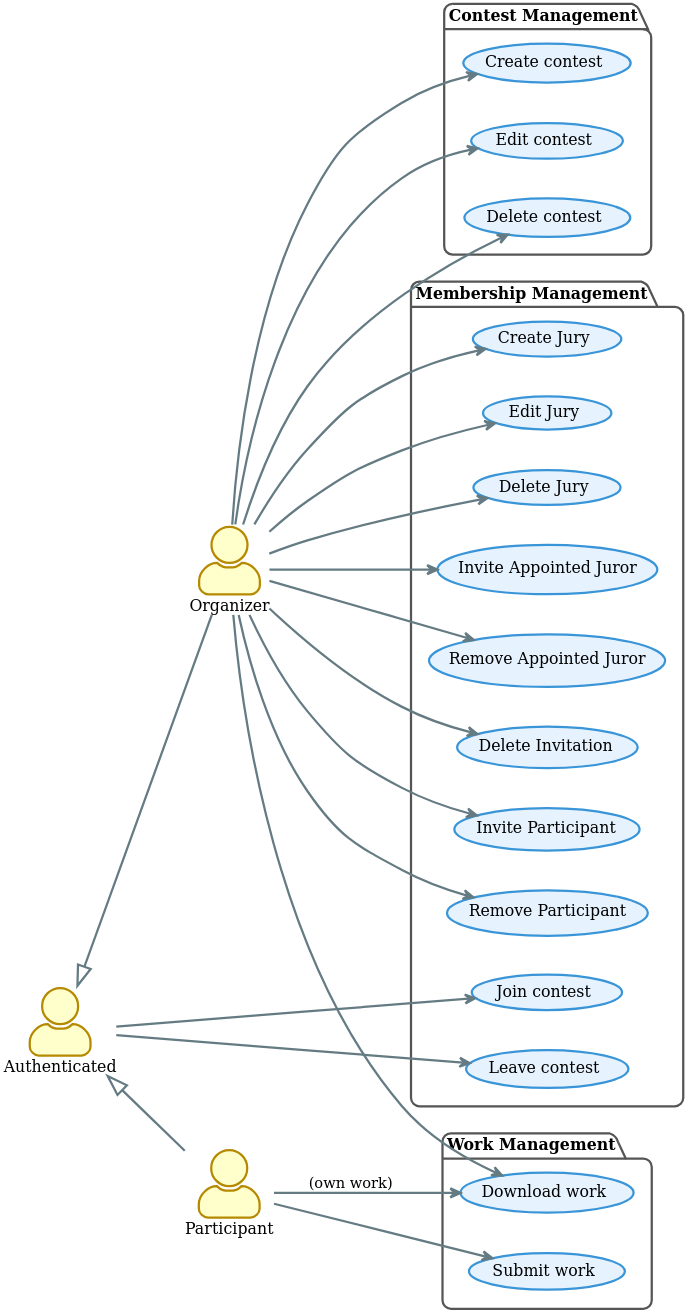
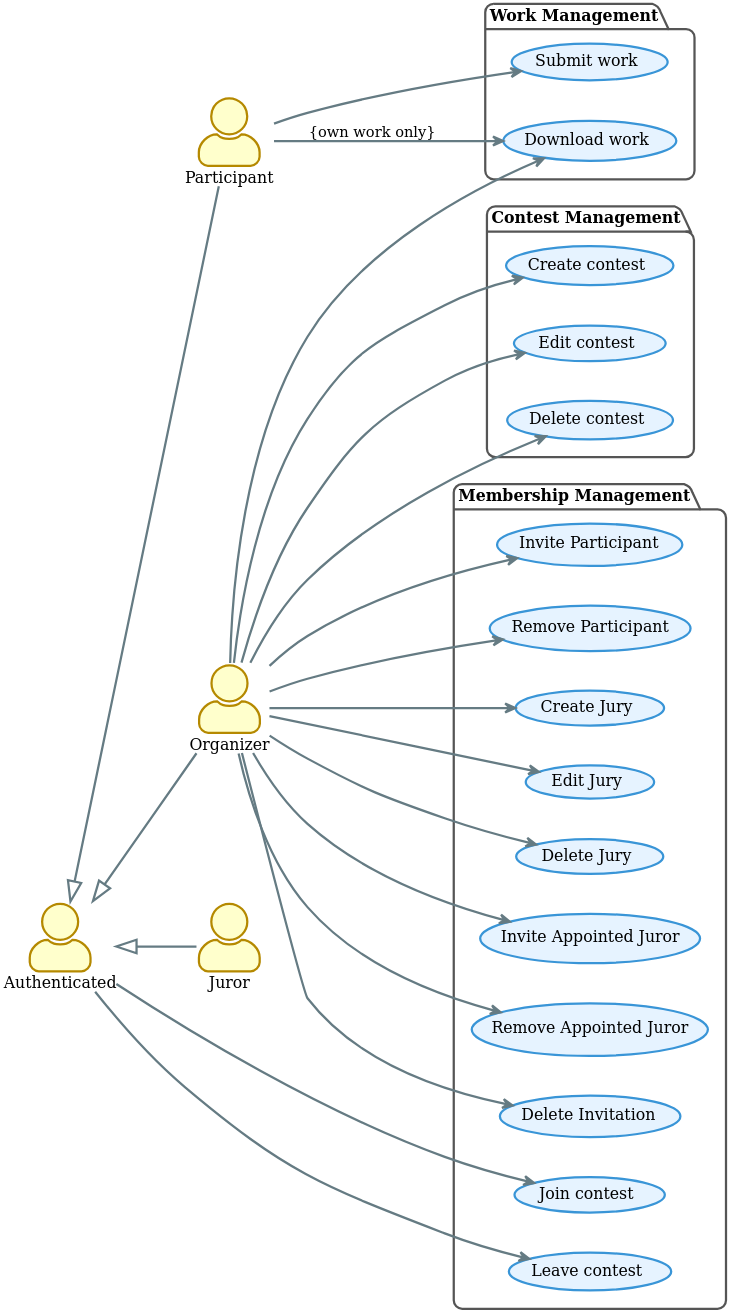
One commit to TMoretta/Swift-Contest changed the diagram in thesis/diagrams/src/use-case-diagram-2.puml. Above: the diagram before and after it, drawn with PlantUML. The commit also changed 31 other files, not shown here.

Commit message:
Updated diagrams

```diff
--- a/thesis/diagrams/src/use-case-diagram-2.puml
+++ b/thesis/diagrams/src/use-case-diagram-2.puml
@@ -1,86 +1,88 @@
 @startuml
 
 !theme sunlust
 left to right direction
 skinparam dpi 300
 skinparam backgroundColor transparent
 skinparam actorStyle awesome
 skinparam shadowing false
 
 skinparam package {
     backgroundColor #FFFFFF
     borderColor #555555
 }
 skinparam usecase {
   backgroundColor #E6F3FF
   borderColor #3995D7
 }
 
 ' =======================================
 ' Attori
 ' =======================================
 actor Authenticated
+actor Participant
 actor Organizer
-actor Participant
+actor Juror
 
 Authenticated <|-- Organizer
+Authenticated <|-- Juror
 Authenticated <|-- Participant
 
 ' =======================================
 ' Packages e Casi d'Uso
 ' =======================================
 
 package "Contest Management" {
   usecase "Create contest" as UC_CreateContest
   usecase "Edit contest" as UC_EditContest
   usecase "Delete contest" as UC_DeleteContest
 }
 
 package "Membership Management" {
   usecase "Join contest" as UC_JoinContest
   usecase "Leave contest" as UC_LeaveContest
-  
+
   usecase "Invite Participant" as UC_InviteParticipant
   usecase "Remove Participant" as UC_RemoveParticipant
 
   usecase "Create Jury" as UC_CreateJury
   usecase "Edit Jury" as UC_EditJury
   usecase "Delete Jury" as UC_DeleteJury
   usecase "Invite Appointed Juror" as UC_InviteAppointedJuror
   usecase "Remove Appointed Juror" as UC_RemoveAppointedJuror
-  
+
   usecase "Delete Invitation" as UC_DeleteInvitation
 }
 
 package "Work Management" {
   usecase "Submit work" as UC_SubmitWork
   usecase "Download work" as UC_DownloadWork
 }
 
 ' =======================================
 ' Connessioni
 ' =======================================
 
 ' Authenticated
 Authenticated --> UC_JoinContest
 Authenticated --> UC_LeaveContest
 
 ' Organizer
 Organizer --> UC_CreateContest
 Organizer --> UC_EditContest
 Organizer --> UC_DeleteContest
 Organizer --> UC_InviteParticipant
 Organizer --> UC_RemoveParticipant
 Organizer --> UC_DeleteInvitation
 Organizer --> UC_CreateJury
 Organizer --> UC_EditJury
 Organizer --> UC_DeleteJury
 Organizer --> UC_InviteAppointedJuror
 Organizer --> UC_RemoveAppointedJuror
 Organizer --> UC_DownloadWork
 
 ' Participant
 Participant --> UC_SubmitWork
-Participant --> UC_DownloadWork : (own work)
+Participant --> UC_DownloadWork : {own work only}
 
 @enduml
```
